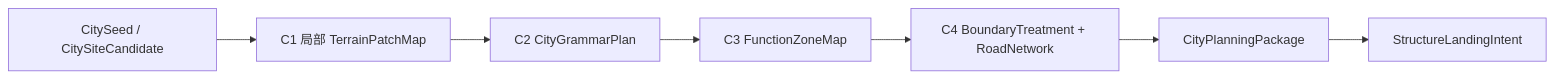
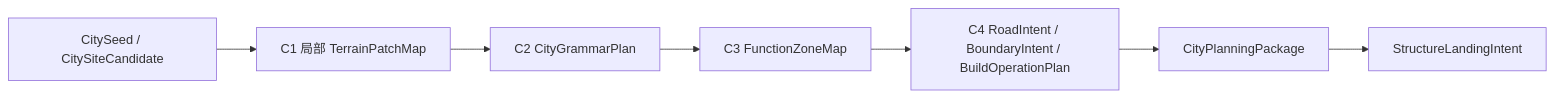
One commit to RinsingEL/designer_territoryMod changed the diagram in docs/systems/city/10_product/过程设计/C1-C4城市规划过程.md. Above: the diagram before and after it, drawn with Mermaid. The commit also changed other lines of this file and 7 other files, not shown here.

````diff
--- a/docs/systems/city/10_product/过程设计/C1-C4城市规划过程.md
+++ b/docs/systems/city/10_product/过程设计/C1-C4城市规划过程.md
@@ -11,9 +11,9 @@
 ```mermaid
 flowchart LR
   A["CitySeed / CitySiteCandidate"] --> B["C1 局部 TerrainPatchMap"]
   B --> C["C2 CityGrammarPlan"]
   C --> D["C3 FunctionZoneMap"]
-  D --> E["C4 BoundaryTreatment + RoadNetwork"]
+  D --> E["C4 RoadIntent / BoundaryIntent / BuildOperationPlan"]
   E --> F["CityPlanningPackage"]
   F --> G["StructureLandingIntent"]
 ```
````
